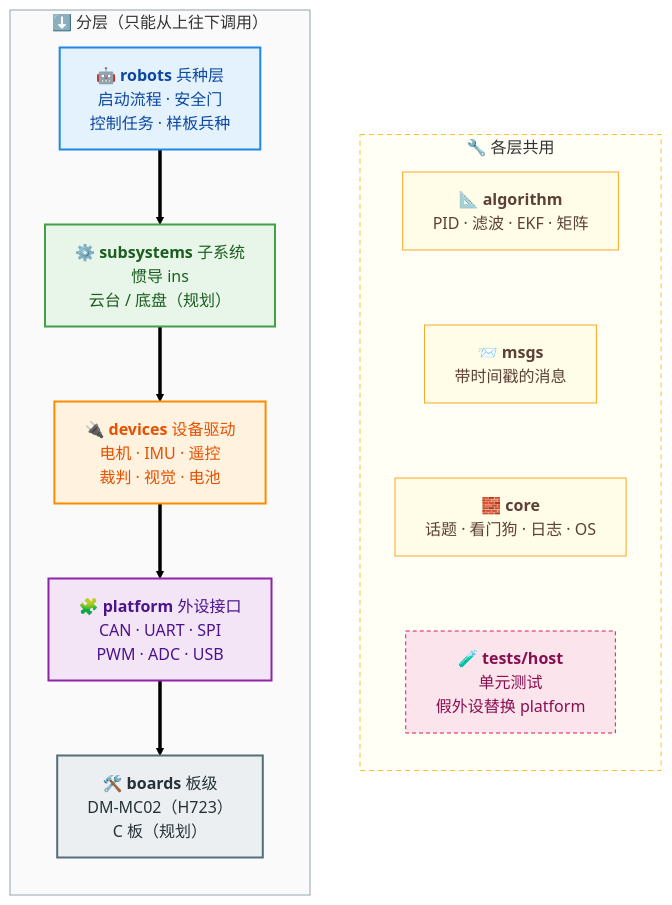
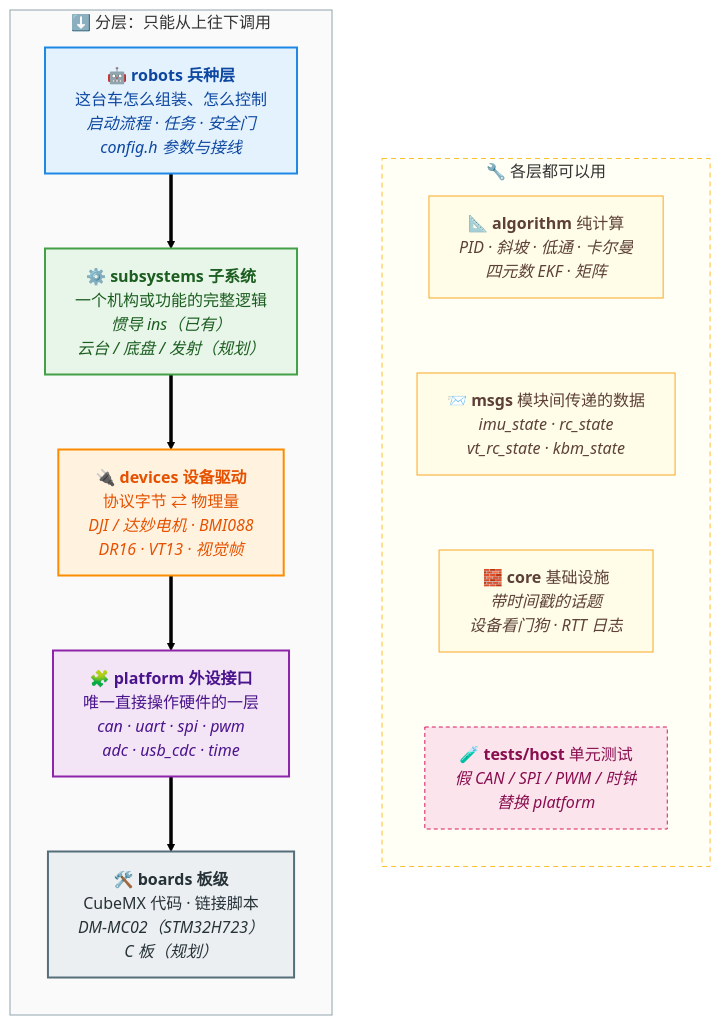
Before and after one commit to X0create/COD_RoboCore: the first of 3 diagrams in README.md, drawn with Mermaid (forest theme). The commit also changed other lines of this file, not shown here.

Commit message:
docs(readme): 结构图加每层职责；新增“运行时怎么工作”（任务表、数据流图、安全门状态图）

````diff
--- a/README.md
+++ b/README.md
@@ -66,41 +66,40 @@
 ```mermaid
 flowchart LR
-    subgraph stack["⬇️ 分层（只能从上往下调用）"]
+    subgraph stack["⬇️ 分层：只能从上往下调用"]
         direction TB
-        robots["🤖 <b>robots</b> 兵种层<br/>启动流程 · 安全门<br/>控制任务 · 样板兵种"]
-        subsystems["⚙️ <b>subsystems</b> 子系统<br/>惯导 ins<br/>云台 / 底盘（规划）"]
-        devices["🔌 <b>devices</b> 设备驱动<br/>电机 · IMU · 遥控<br/>裁判 · 视觉 · 电池"]
-        platform["🧩 <b>platform</b> 外设接口<br/>CAN · UART · SPI<br/>PWM · ADC · USB"]
-        boards["🛠️ <b>boards</b> 板级<br/>DM-MC02（H723）<br/>C 板（规划）"]
+        robots["🤖 <b>robots 兵种层</b><br/>这台车怎么组装、怎么控制<br/><i>启动流程 · 任务 · 安全门<br/>config.h 参数与接线</i>"]
+        subsystems["⚙️ <b>subsystems 子系统</b><br/>一个机构或功能的完整逻辑<br/><i>惯导 ins（已有）<br/>云台 / 底盘 / 发射（规划）</i>"]
+        devices["🔌 <b>devices 设备驱动</b><br/>协议字节 ⇄ 物理量<br/><i>DJI / 达妙电机 · BMI088<br/>DR16 · VT13 · 视觉帧</i>"]
+        platform["🧩 <b>platform 外设接口</b><br/>唯一直接操作硬件的一层<br/><i>can · uart · spi · pwm<br/>adc · usb_cdc · time</i>"]
+        boards["🛠️ <b>boards 板级</b><br/>CubeMX 代码 · 链接脚本<br/><i>DM-MC02（STM32H723）<br/>C 板（规划）</i>"]
         robots ==> subsystems ==> devices ==> platform ==> boards
     end
 
-    subgraph shared["🔧 各层共用"]
+    subgraph shared["🔧 各层都可以用"]
         direction TB
-        algorithm["📐 <b>algorithm</b><br/>PID · 滤波 · EKF · 矩阵"]
-        msgs["📨 <b>msgs</b><br/>带时间戳的消息"]
-        core["🧱 <b>core</b><br/>话题 · 看门狗 · 日志 · OS"]
-        tests["🧪 <b>tests/host</b><br/>单元测试<br/>假外设替换 platform"]
+        algorithm["📐 <b>algorithm</b> 纯计算<br/><i>PID · 斜坡 · 低通 · 卡尔曼<br/>四元数 EKF · 矩阵</i>"]
+        msgs["📨 <b>msgs</b> 模块间传递的数据<br/><i>imu_state · rc_state<br/>vt_rc_state · kbm_state</i>"]
+        core["🧱 <b>core</b> 基础设施<br/><i>带时间戳的话题<br/>设备看门狗 · RTT 日志</i>"]
+        tests["🧪 <b>tests/host</b> 单元测试<br/><i>假 CAN / SPI / PWM / 时钟<br/>替换 platform</i>"]
         algorithm ~~~ msgs ~~~ core ~~~ tests
     end
 
     stack ~~~ shared
 
     classDef app fill:#E3F2FD,stroke:#1E88E5,stroke-width:2px,color:#0D47A1
     classDef sub fill:#E8F5E9,stroke:#43A047,stroke-width:2px,color:#1B5E20
     classDef dev fill:#FFF3E0,stroke:#FB8C00,stroke-width:2px,color:#E65100
     classDef plat fill:#F3E5F5,stroke:#8E24AA,stroke-width:2px,color:#4A148C
     classDef board fill:#ECEFF1,stroke:#546E7A,stroke-width:2px,color:#263238
     classDef common fill:#FFFDE7,stroke:#F9A825,stroke-width:1px,color:#5D4037
     classDef test fill:#FCE4EC,stroke:#D81B60,stroke-width:1px,stroke-dasharray:4 3,color:#880E4F
-
     class robots app
     class subsystems sub
     class devices dev
     class platform plat
     class boards board
     class algorithm,msgs,core common
     class tests test
     style stack fill:#FAFAFA,stroke:#90A4AE,stroke-width:1px
     style shared fill:#FFFFF5,stroke:#FBC02D,stroke-width:1px,stroke-dasharray:5 4
 ```
````
